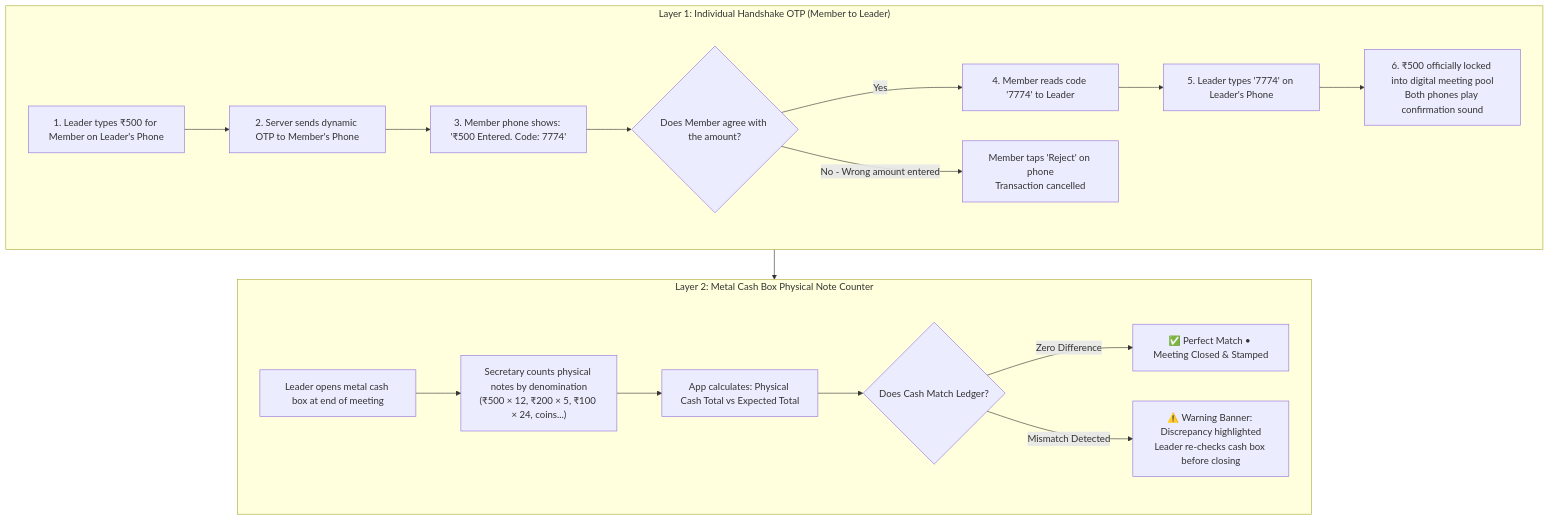
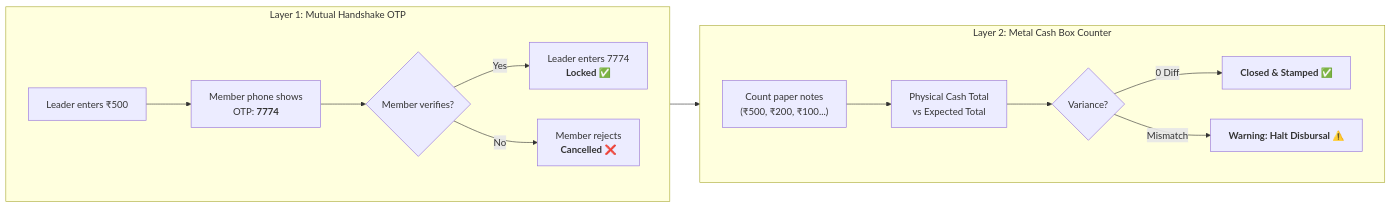
The second of 4 diagrams in README.md (AayushRahate07/shg-connect), drawn with Mermaid before and after one commit. The commit also changed other lines of this file, not shown here.

````diff
--- a/README.md
+++ b/README.md
@@ -73,22 +63,20 @@
 ```mermaid
-flowchart TD
-    subgraph Layer1["Layer 1: Individual Handshake OTP (Member to Leader)"]
-        A1["1. Leader types ₹500 for Member on Leader's Phone"] --> A2["2. Server sends dynamic OTP to Member's Phone"]
-        A2 --> A3["3. Member phone shows: '₹500 Entered. Code: 7774'"]
-        A3 --> A4{"Does Member agree with the amount?"}
-        A4 -->|Yes| A5["4. Member reads code '7774' to Leader"]
-        A4 -->|No - Wrong amount entered| A6["Member taps 'Reject' on phone<br/>Transaction cancelled"]
-        A5 --> A7["5. Leader types '7774' on Leader's Phone"]
-        A7 --> A8["6. ₹500 officially locked into digital meeting pool<br/>Both phones play confirmation sound"]
+flowchart LR
+    subgraph L1["Layer 1: Mutual Handshake OTP"]
+        direction LR
+        A1["Leader enters ₹500"] --> A2["Member phone shows<br/>OTP: <b>7774</b>"]
+        A2 --> A3{"Member verifies?"}
+        A3 -->|Yes| A4["Leader enters 7774<br/><b>Locked ✅</b>"]
+        A3 -->|No| A5["Member rejects<br/><b>Cancelled ❌</b>"]
     end
 
-    subgraph Layer2["Layer 2: Metal Cash Box Physical Note Counter"]
-        B1["Leader opens metal cash box at end of meeting"] --> B2["Secretary counts physical notes by denomination<br/>(₹500 × 12, ₹200 × 5, ₹100 × 24, coins...)"]
-        B2 --> B3["App calculates: Physical Cash Total vs Expected Total"]
-        B3 --> B4{"Does Cash Match Ledger?"}
-        B4 -->|Zero Difference| B5["✅ Perfect Match • Meeting Closed & Stamped"]
-        B4 -->|Mismatch Detected| B6["⚠️ Warning Banner: Discrepancy highlighted<br/>Leader re-checks cash box before closing"]
+    subgraph L2["Layer 2: Metal Cash Box Counter"]
+        direction LR
+        B1["Count paper notes<br/>(₹500, ₹200, ₹100...)"] --> B2["Physical Cash Total<br/>vs Expected Total"]
+        B2 --> B3{"Variance?"}
+        B3 -->|0 Diff| B4["<b>Closed & Stamped ✅</b>"]
+        B3 -->|Mismatch| B5["<b>Warning: Halt Disbursal ⚠️</b>"]
     end
 
-    Layer1 --> Layer2
+    L1 --> L2
 ```
````
